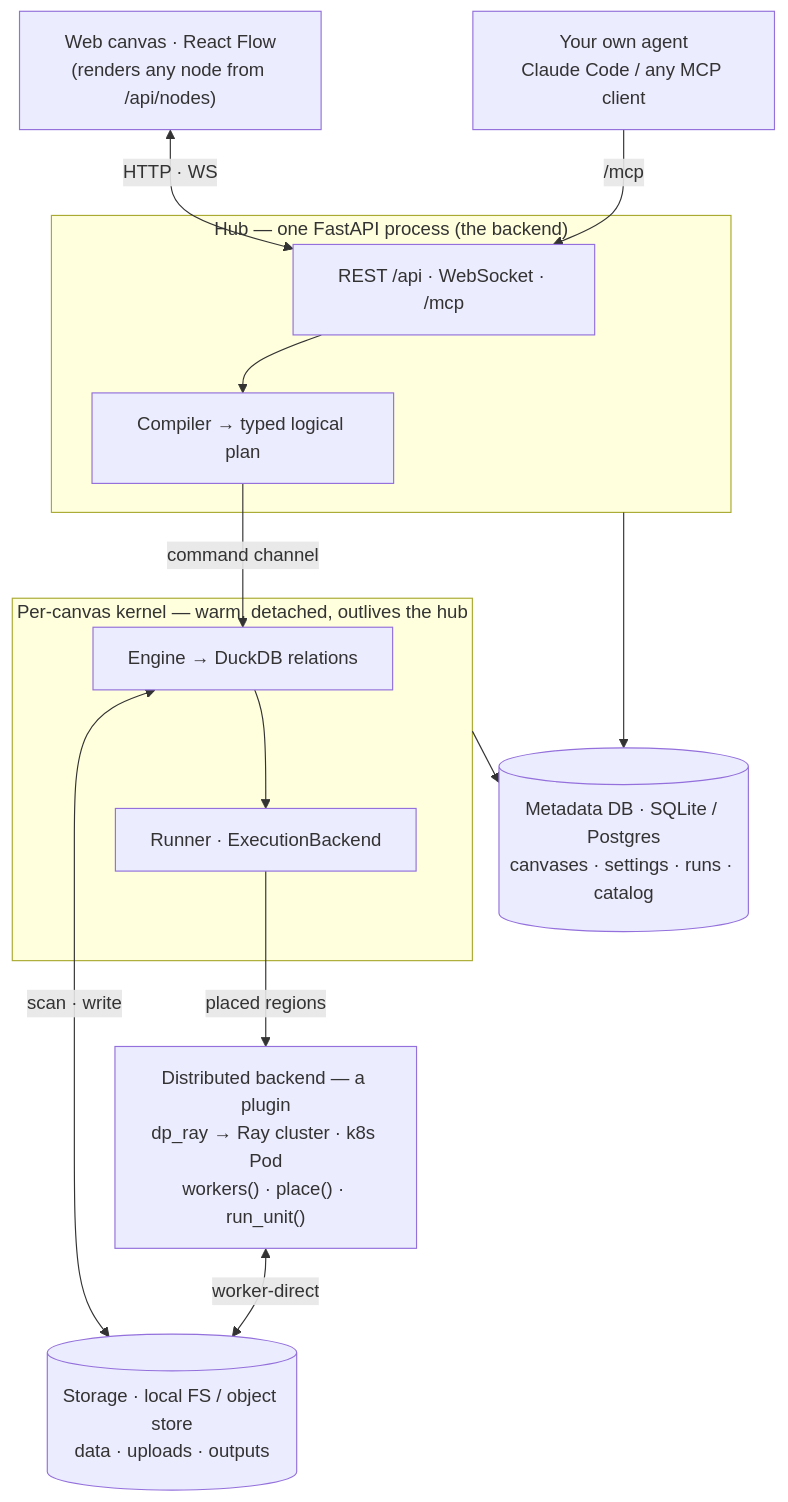
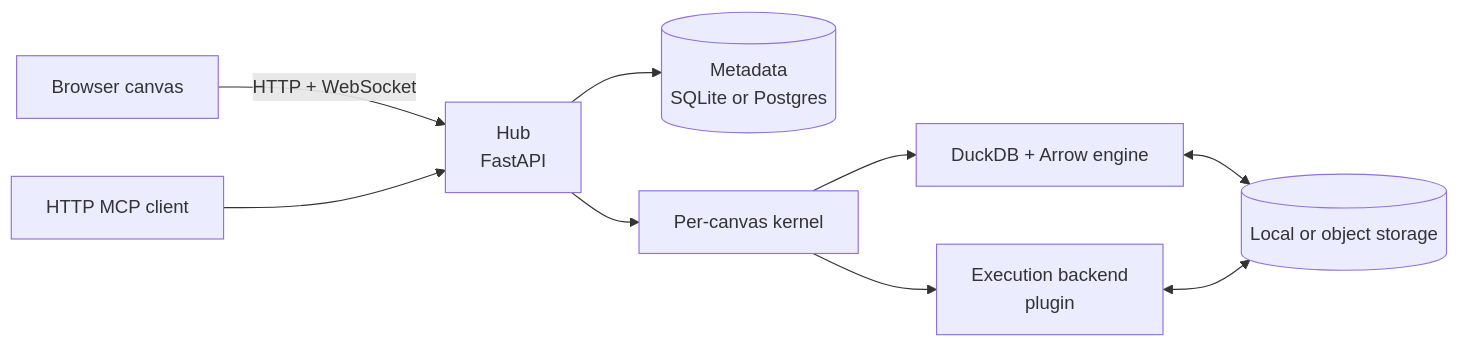
Before and after one commit to pengw0048/data-playground: the diagram in README.md, drawn with Mermaid. The commit also changed other lines of this file and 2 other files, not shown here.

````diff
--- a/README.md
+++ b/README.md
@@ -181,30 +80,11 @@
 ```mermaid
-flowchart TB
-  B["Web canvas · React Flow<br/>(renders any node from /api/nodes)"]
-  M["Your own agent<br/>Claude Code / any MCP client"]
-
-  subgraph hub["Hub — one FastAPI process (the backend)"]
-    API["REST /api · WebSocket · /mcp"]
-    CMP["Compiler → typed logical plan"]
-    API --> CMP
-  end
-
-  subgraph kernel["Per-canvas kernel — warm, detached, outlives the hub"]
-    ENG["Engine → DuckDB relations"]
-    RUN["Runner · ExecutionBackend"]
-    ENG --> RUN
-  end
-
-  DB[("Metadata DB · SQLite / Postgres<br/>canvases · settings · runs · catalog")]
-  ST[("Storage · local FS / object store<br/>data · uploads · outputs")]
-  DIST["Distributed backend — a plugin<br/>dp_ray → Ray cluster · k8s Pod<br/>workers() · place() · run_unit()"]
-
-  B <-->|"HTTP · WS"| API
-  M -->|"/mcp"| API
-  CMP -->|"command channel"| ENG
-  hub --> DB
-  kernel --> DB
-  ENG <-->|"scan · write"| ST
-  RUN -->|"placed regions"| DIST
-  DIST <-->|"worker-direct"| ST
+flowchart LR
+  UI["Browser canvas"] -->|"HTTP + WebSocket"| HUB["Hub<br/>FastAPI"]
+  MCP["HTTP MCP client"] --> HUB
+  HUB --> DB[("Metadata<br/>SQLite or Postgres")]
+  HUB --> K["Per-canvas kernel"]
+  K --> ENG["DuckDB + Arrow engine"]
+  ENG <--> DATA[("Local or object storage")]
+  K --> EXT["Execution backend<br/>plugin"]
+  EXT <--> DATA
 ```
````
